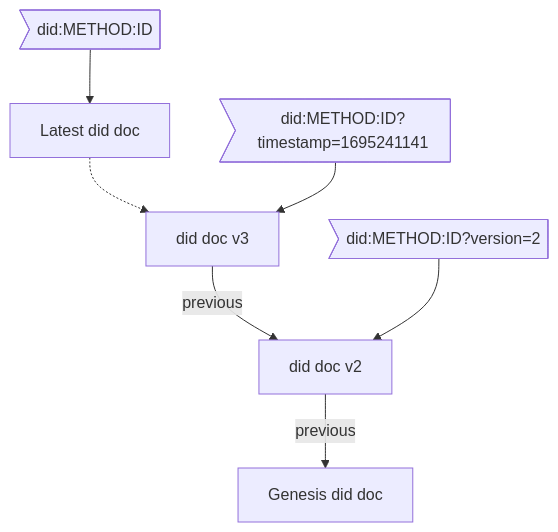
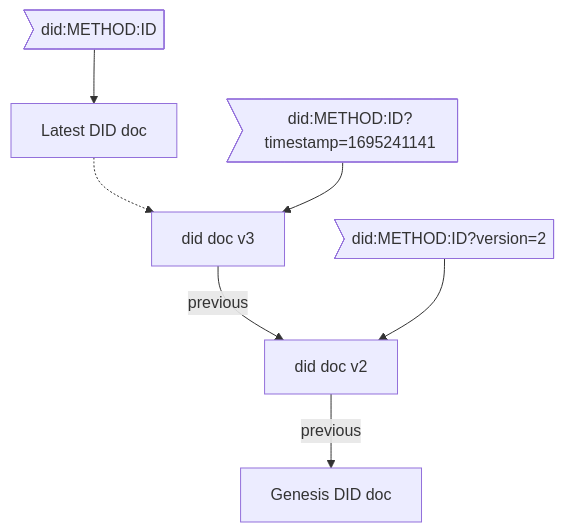
The second of 2 diagrams in README.md (Echsecutor/beyond-did-web), drawn with Mermaid before and after one commit. The commit also changed other lines of this file and 1 other file, not shown here.

Commit message:
Rename did to DID Fixes #4 correct spelling

````diff
--- a/README.md
+++ b/README.md
@@ -374,7 +374,7 @@
 ```mermaid
 flowchart TB
-    vn[Latest did doc] -.-> v3[did doc v3] -- previous --> v2[did doc v2] -- previous -->  v1[Genesis did doc]
+    vn[Latest DID doc] -.-> v3[did doc v3] -- previous --> v2[did doc v2] -- previous -->  v1[Genesis DID doc]
     did>did:METHOD:ID] --> vn
     did2>did:METHOD:ID?version=2] --> v2
     did3>did:METHOD:ID?timestamp=1695241141] --> v3
 ```
````
